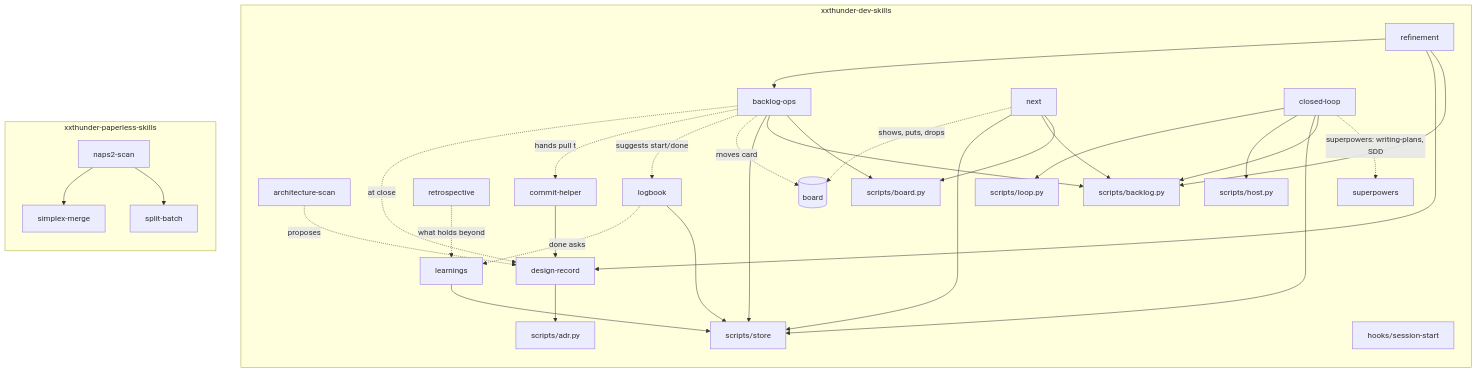
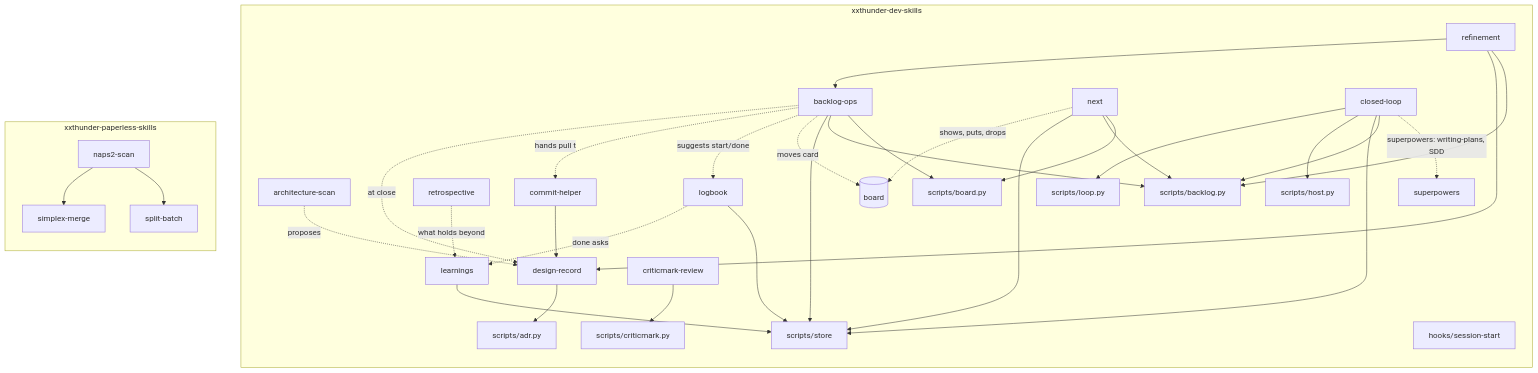
One commit to xxthunder/xxthunder-agentic-skills changed the third of 9 diagrams in docs/architecture.md. Above: the diagram before and after it, drawn with Mermaid. The commit also changed 7 other files, not shown here.

Commit message:
feat(criticmark-review): review loop with comment threads in the file

````diff
--- a/docs/architecture.md
+++ b/docs/architecture.md
@@ -70,39 +70,40 @@
 ```mermaid
 flowchart TB
     subgraph dev["xxthunder-dev-skills"]
         direction TB
         refinement --> backlog["backlog-ops"]
         refinement --> record["design-record"]
         scan["architecture-scan"] -.proposes.-> record
         commit["commit-helper"] --> record
         backlog -.at close.-> record
         backlog -.hands pull to.-> commit
         retro["retrospective"]
         retro -.what holds beyond.-> learn["learnings"]
         backlog -.suggests start/done.-> logb["logbook"]
         logb -.done asks.-> learn
         backlog -.moves card.-> board[("board")]
         nxt["next"] -.shows, puts, drops.-> board
         nxt --> storesh
         backlog --> storesh
         nxt --> backpy
         learn --> storesh["scripts/store"]
         logb --> storesh
         refinement --> backpy["scripts/backlog.py"]
         backlog --> backpy
         nxt --> boardpy["scripts/board.py"]
         backlog --> boardpy
         record --> adrpy["scripts/adr.py"]
         loop["closed-loop"] --> loopy["scripts/loop.py"]
         loop --> hostpy["scripts/host.py"]
         loop --> storesh
         loop --> backpy
         loop -.superpowers: writing-plans, SDD.-> sdd["superpowers"]
+        review["criticmark-review"] --> cmpy["scripts/criticmark.py"]
         hook["hooks/session-start"]
     end
     subgraph paper["xxthunder-paperless-skills"]
         direction TB
         scanp["naps2-scan"] --> merge["simplex-merge"]
         scanp --> split["split-batch"]
     end
 ```
````
